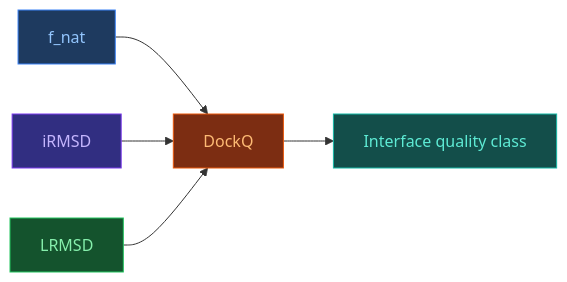
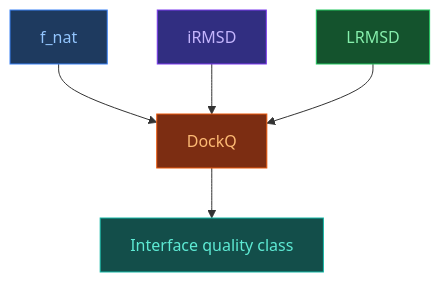
Before and after one commit to OlehVolkov/AlphaFold3-AIGen-KnowledgeBase: the diagram in EN/2. Concepts/2.3. Structural-Bioinformatics/2.3.3. DockQ.md, drawn with Mermaid. The commit also changed other lines of this file and 33 other files, not shown here.

````diff
--- a/EN/2. Concepts/2.3. Structural-Bioinformatics/2.3.3. DockQ.md
+++ b/EN/2. Concepts/2.3. Structural-Bioinformatics/2.3.3. DockQ.md
@@ -22,14 +39,20 @@
 ```mermaid
-flowchart LR
-    FNAT[f_nat]:::input --> DQ[DockQ]:::confidence
-    IR[iRMSD]:::trunk --> DQ
-    LR[LRMSD]:::diffusion --> DQ
-    DQ --> Q[Interface quality class]:::output
+flowchart TD
+    FN["f_nat"]:::input
+    IR["iRMSD"]:::trunk
+    LR["LRMSD"]:::diffusion
+    DQ["DockQ"]:::confidence
+    OUT["Interface quality class"]:::output
+
+    FN --> DQ
+    IR --> DQ
+    LR --> DQ
+    DQ --> OUT
 
     classDef input fill:#1e3a5f,stroke:#3b82f6,color:#93c5fd
     classDef trunk fill:#312e81,stroke:#7c3aed,color:#c4b5fd
     classDef diffusion fill:#14532d,stroke:#22c55e,color:#86efac
     classDef confidence fill:#7c2d12,stroke:#ea580c,color:#fdba74
     classDef output fill:#134e4a,stroke:#14b8a6,color:#5eead4
     classDef neutral fill:#1e293b,stroke:#475569,color:#94a3b8
 ```
````
